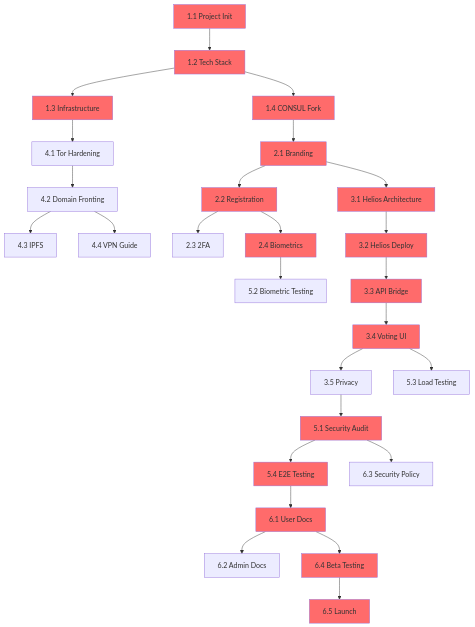
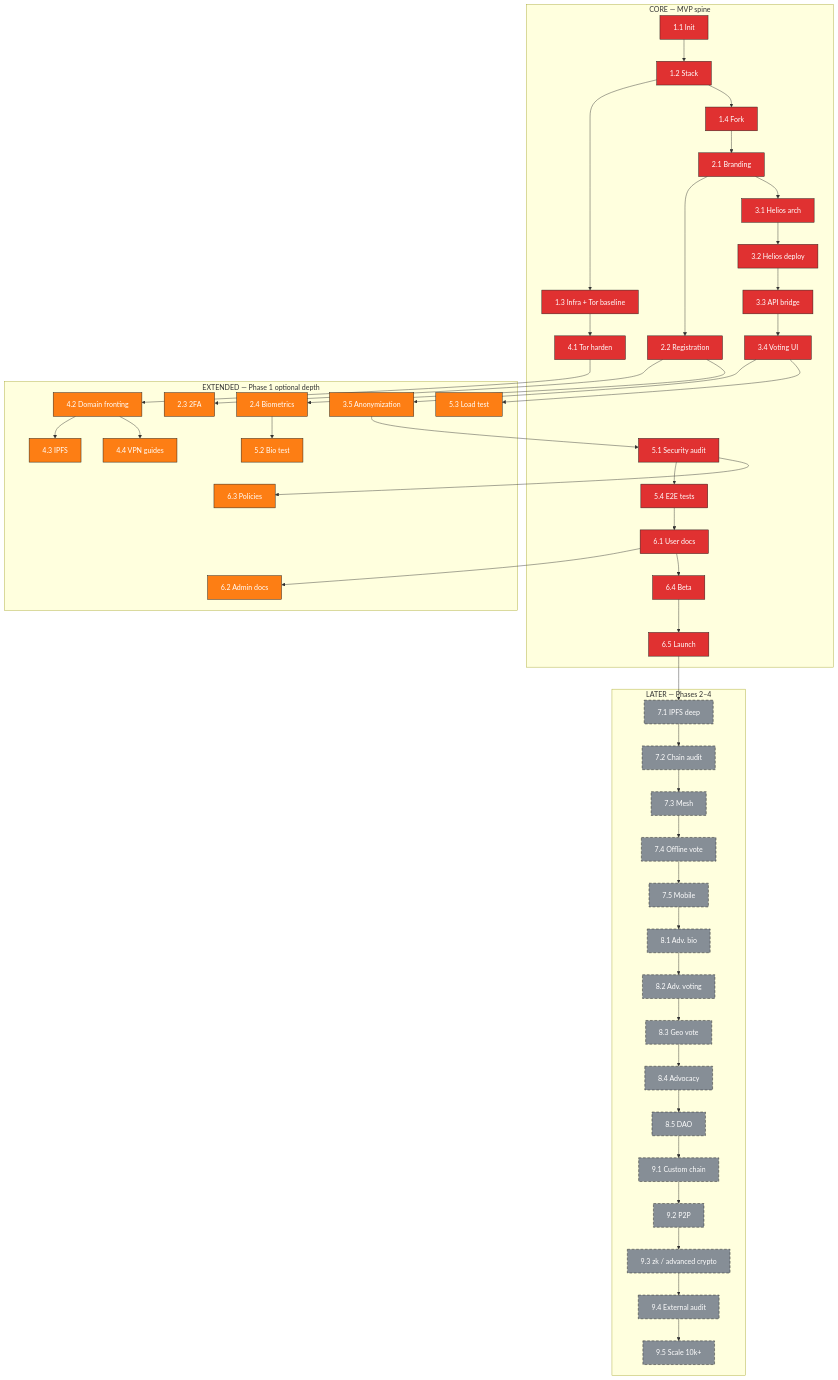
One commit to roollamora/Demos changed the diagram in Work-Breakdown-Structure.md. Above: the diagram before and after it, drawn with Mermaid. The commit also changed other lines of this file and 10 other files, not shown here.

````diff
--- a/Work-Breakdown-Structure.md
+++ b/Work-Breakdown-Structure.md
@@ -509,45 +220,82 @@
 ```mermaid
-graph TD
-    A[1.1 Project Init] --> B[1.2 Tech Stack]
-    B --> C[1.3 Infrastructure]
-    B --> D[1.4 CONSUL Fork]
-    D --> E[2.1 Branding]
-    E --> F[2.2 Registration]
-    F --> G[2.3 2FA]
-    F --> H[2.4 Biometrics]
-    E --> I[3.1 Helios Architecture]
-    I --> J[3.2 Helios Deploy]
-    J --> K[3.3 API Bridge]
-    K --> L[3.4 Voting UI]
-    L --> M[3.5 Privacy]
-    C --> N[4.1 Tor Hardening]
-    N --> O[4.2 Domain Fronting]
-    O --> P[4.3 IPFS]
-    O --> Q[4.4 VPN Guide]
-    M --> R[5.1 Security Audit]
-    H --> S[5.2 Biometric Testing]
-    L --> T[5.3 Load Testing]
-    R --> U[5.4 E2E Testing]
-    U --> V[6.1 User Docs]
-    V --> W[6.2 Admin Docs]
-    R --> X[6.3 Security Policy]
-    V --> Y[6.4 Beta Testing]
-    Y --> Z[6.5 Launch]
-    
-    style A fill:#ff6b6b
-    style B fill:#ff6b6b
-    style C fill:#ff6b6b
-    style D fill:#ff6b6b
-    style E fill:#ff6b6b
-    style F fill:#ff6b6b
-    style H fill:#ff6b6b
-    style I fill:#ff6b6b
-    style J fill:#ff6b6b
-    style K fill:#ff6b6b
-    style L fill:#ff6b6b
-    style R fill:#ff6b6b
-    style U fill:#ff6b6b
-    style V fill:#ff6b6b
-    style Y fill:#ff6b6b
-    style Z fill:#ff6b6b
+flowchart TB
+    subgraph CORE["CORE — MVP spine"]
+        n11["1.1 Init"]
+        n12["1.2 Stack"]
+        n13["1.3 Infra + Tor baseline"]
+        n14["1.4 Fork"]
+        n21["2.1 Branding"]
+        n22["2.2 Registration"]
+        n31["3.1 Helios arch"]
+        n32["3.2 Helios deploy"]
+        n33["3.3 API bridge"]
+        n34["3.4 Voting UI"]
+        n41["4.1 Tor harden"]
+        n51["5.1 Security audit"]
+        n54["5.4 E2E tests"]
+        n61["6.1 User docs"]
+        n64["6.4 Beta"]
+        n65["6.5 Launch"]
+    end
+
+    subgraph EXT["EXTENDED — Phase 1 optional depth"]
+        n23["2.3 2FA"]
+        n24["2.4 Biometrics"]
+        n35["3.5 Anonymization"]
+        n42["4.2 Domain fronting"]
+        n43["4.3 IPFS"]
+        n44["4.4 VPN guides"]
+        n52["5.2 Bio test"]
+        n53["5.3 Load test"]
+        n62["6.2 Admin docs"]
+        n63["6.3 Policies"]
+    end
+
+    subgraph LAT["LATER — Phases 2–4"]
+        n71["7.1 IPFS deep"]
+        n72["7.2 Chain audit"]
+        n73["7.3 Mesh"]
+        n74["7.4 Offline vote"]
+        n75["7.5 Mobile"]
+        n81["8.1 Adv. bio"]
+        n82["8.2 Adv. voting"]
+        n83["8.3 Geo vote"]
+        n84["8.4 Advocacy"]
+        n85["8.5 DAO"]
+        n91["9.1 Custom chain"]
+        n92["9.2 P2P"]
+        n93["9.3 zk / advanced crypto"]
+        n94["9.4 External audit"]
+        n95["9.5 Scale 10k+"]
+    end
+
+    n11 --> n12 --> n13
+    n12 --> n14
+    n14 --> n21 --> n22
+    n21 --> n31 --> n32 --> n33 --> n34
+    n13 --> n41
+    n22 --> n23
+    n22 --> n24
+    n34 --> n35
+    n41 --> n42 --> n43
+    n42 --> n44
+    n35 --> n51
+    n24 --> n52
+    n34 --> n53
+    n51 --> n54
+    n61 --> n62
+    n51 --> n63
+    n54 --> n61 --> n64 --> n65
+
+    n65 --> n71 --> n72 --> n73 --> n74 --> n75
+    n75 --> n81 --> n82 --> n83 --> n84 --> n85
+    n85 --> n91 --> n92 --> n93 --> n94 --> n95
+
+    classDef core fill:#e03131,stroke:#1a1a1a,color:#fff
+    classDef ext fill:#fd7e14,stroke:#1a1a1a,color:#fff
+    classDef lat fill:#868e96,stroke:#1a1a1a,color:#fff,stroke-dasharray: 6 4
+
+    class n11,n12,n13,n14,n21,n22,n31,n32,n33,n34,n41,n51,n54,n61,n64,n65 core
+    class n23,n24,n35,n42,n43,n44,n52,n53,n62,n63 ext
+    class n71,n72,n73,n74,n75,n81,n82,n83,n84,n85,n91,n92,n93,n94,n95 lat
 ```
````
